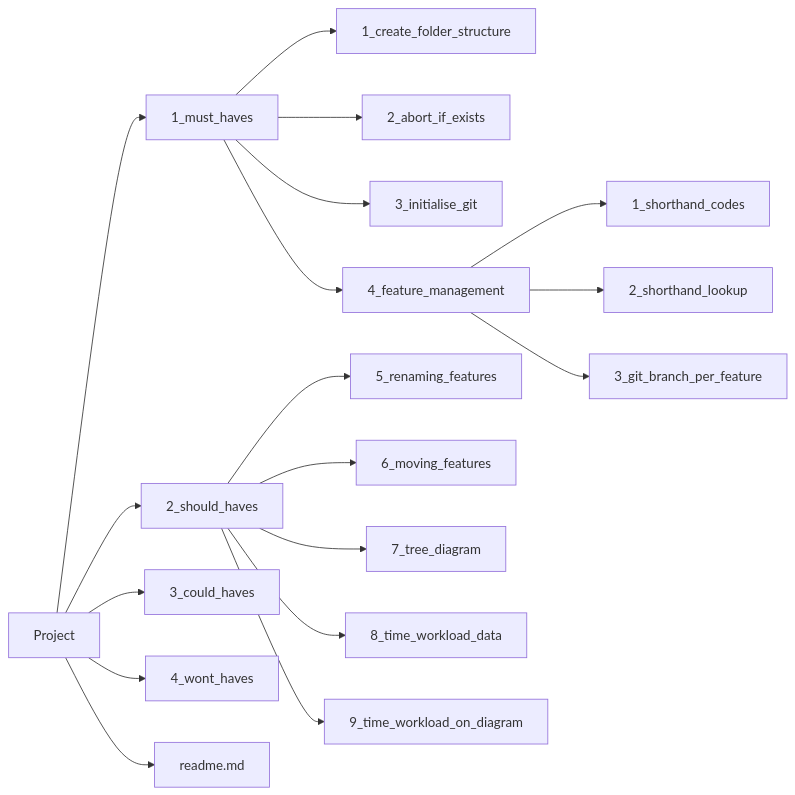
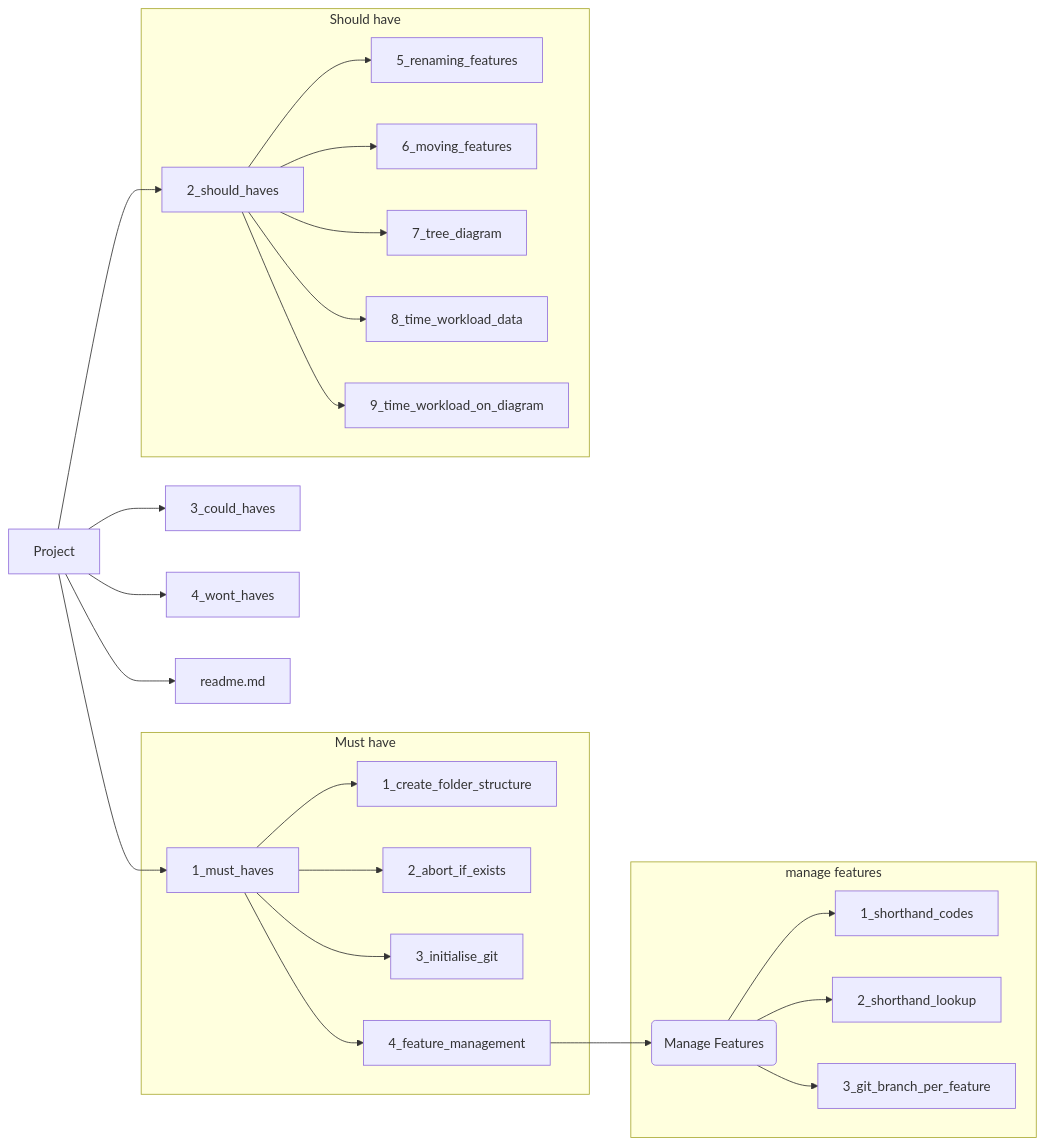
The diagram in exercise7.md (doovis/project_manager), drawn with Mermaid before and after one commit.

````diff
--- a/exercise7.md
+++ b/exercise7.md
@@ -36,22 +36,35 @@
 ```mermaid
 graph LR
+
+    
     Project --> 1_must_haves
+    subgraph "Must have"
     1_must_haves --> 1_create_folder_structure
     1_must_haves --> 2_abort_if_exists
     1_must_haves --> 3_initialise_git
     1_must_haves --> 4_feature_management
-    4_feature_management --> 1_shorthand_codes
-    4_feature_management --> 2_shorthand_lookup
-    4_feature_management --> 3_git_branch_per_feature
+    end
+    
+    4_feature_management --> manage_features
+    subgraph "manage features"
+        manage_features(Manage Features)
+        manage_features --> 1_shorthand_codes
+        manage_features --> 2_shorthand_lookup
+        manage_features --> 3_git_branch_per_feature
+    end
+ 
     Project --> 2_should_haves
+    subgraph "Should have"
     2_should_haves --> 5_renaming_features
     2_should_haves --> 6_moving_features
     2_should_haves --> 7_tree_diagram
     2_should_haves --> 8_time_workload_data
     2_should_haves --> 9_time_workload_on_diagram
+    end
+    
     Project --> 3_could_haves
     Project --> 4_wont_haves
     Project --> readme.md
-
+    
 
 ```
````
